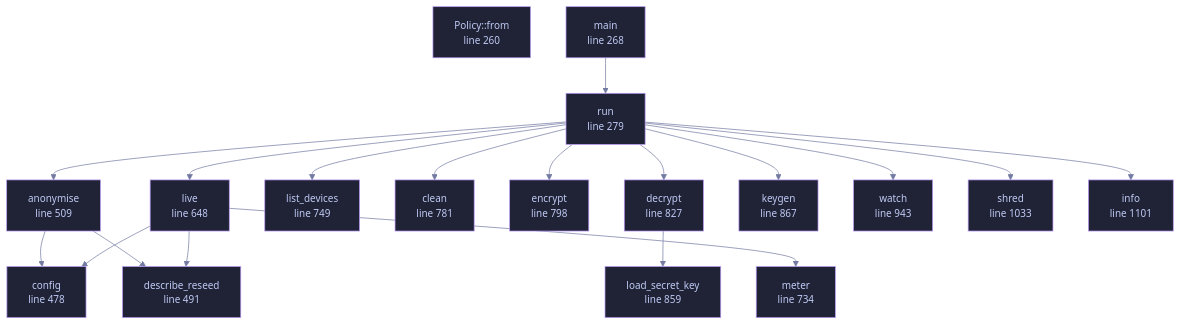
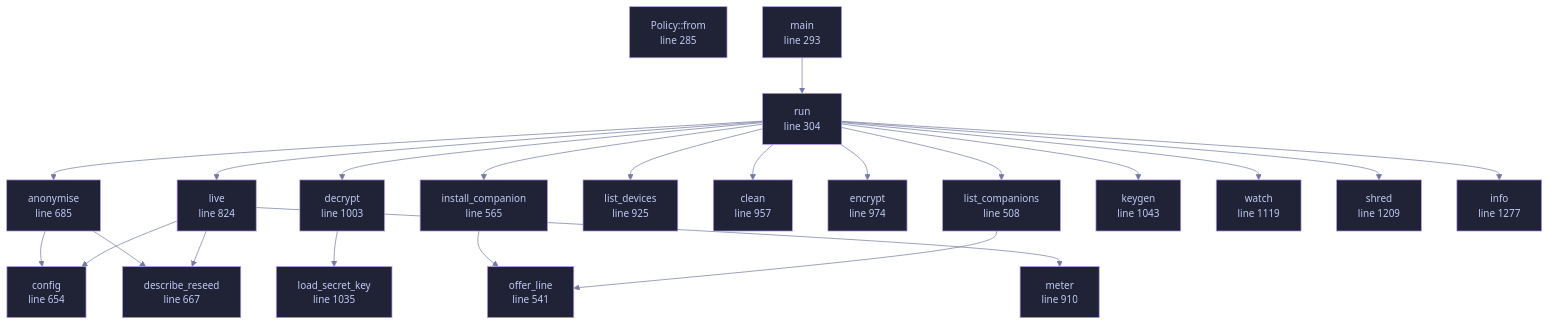
Before and after one commit to tilas01/veilvoice: the diagram in docs/files/veilvoice-cli/main.md, drawn with Mermaid. The commit also changed other lines of this file and 61 other files, not shown here.

````diff
--- a/docs/files/veilvoice-cli/main.md
+++ b/docs/files/veilvoice-cli/main.md
@@ -94,57 +101,67 @@
 ```mermaid
 %%{init: {"theme":"base","themeVariables":{"background":"#1a1b26","primaryColor":"#1f2335","primaryTextColor":"#c0caf5","primaryBorderColor":"#7aa2f7","secondaryColor":"#16161e","tertiaryColor":"#16161e","lineColor":"#737aa2","textColor":"#c0caf5","mainBkg":"#1f2335","nodeBorder":"#7aa2f7","clusterBkg":"#16161e","clusterBorder":"#2f3549","fontFamily":"ui-monospace, SFMono-Regular, Consolas, monospace","fontSize":"14px"}}}%%
 flowchart TD
-    n_from["Policy::from<br/>line 260"]
-    n_main["main<br/>line 268"]
-    n_run["run<br/>line 279"]
-    n_config["config<br/>line 478"]
-    n_describe_reseed["describe_reseed<br/>line 491"]
-    n_anonymise["anonymise<br/>line 509"]
-    n_live["live<br/>line 648"]
-    n_meter["meter<br/>line 734"]
-    n_list_devices["list_devices<br/>line 749"]
-    n_clean["clean<br/>line 781"]
-    n_encrypt["encrypt<br/>line 798"]
-    n_decrypt["decrypt<br/>line 827"]
-    n_load_secret_key["load_secret_key<br/>line 859"]
-    n_keygen["keygen<br/>line 867"]
-    n_watch["watch<br/>line 943"]
-    n_shred["shred<br/>line 1033"]
-    n_info["info<br/>line 1101"]
+    n_from["Policy::from<br/>line 285"]
+    n_main["main<br/>line 293"]
+    n_run["run<br/>line 304"]
+    n_list_companions["list_companions<br/>line 508"]
+    n_offer_line["offer_line<br/>line 541"]
+    n_install_companion["install_companion<br/>line 565"]
+    n_config["config<br/>line 654"]
+    n_describe_reseed["describe_reseed<br/>line 667"]
+    n_anonymise["anonymise<br/>line 685"]
+    n_live["live<br/>line 824"]
+    n_meter["meter<br/>line 910"]
+    n_list_devices["list_devices<br/>line 925"]
+    n_clean["clean<br/>line 957"]
+    n_encrypt["encrypt<br/>line 974"]
+    n_decrypt["decrypt<br/>line 1003"]
+    n_load_secret_key["load_secret_key<br/>line 1035"]
+    n_keygen["keygen<br/>line 1043"]
+    n_watch["watch<br/>line 1119"]
+    n_shred["shred<br/>line 1209"]
+    n_info["info<br/>line 1277"]
     n_anonymise --> n_config
     n_anonymise --> n_describe_reseed
     n_decrypt --> n_load_secret_key
+    n_install_companion --> n_offer_line
+    n_list_companions --> n_offer_line
     n_live --> n_config
     n_live --> n_describe_reseed
     n_live --> n_meter
     n_main --> n_run
     n_run --> n_anonymise
     n_run --> n_clean
     n_run --> n_decrypt
     n_run --> n_encrypt
     n_run --> n_info
+    n_run --> n_install_companion
     n_run --> n_keygen
+    n_run --> n_list_companions
     n_run --> n_list_devices
     n_run --> n_live
     n_run --> n_shred
     n_run --> n_watch
-    click n_from href "https://github.com/tilas01/veilvoice/blob/main/crates/veilvoice-cli/src/main.rs#L260" "open the source"
-    click n_main href "https://github.com/tilas01/veilvoice/blob/main/crates/veilvoice-cli/src/main.rs#L268" "open the source"
-    click n_run href "https://github.com/tilas01/veilvoice/blob/main/crates/veilvoice-cli/src/main.rs#L279" "open the source"
-    click n_config href "https://github.com/tilas01/veilvoice/blob/main/crates/veilvoice-cli/src/main.rs#L478" "open the source"
-    click n_describe_reseed href "https://github.com/tilas01/veilvoice/blob/main/crates/veilvoice-cli/src/main.rs#L491" "open the source"
-    click n_anonymise href "https://github.com/tilas01/veilvoice/blob/main/crates/veilvoice-cli/src/main.rs#L509" "open the source"
-    click n_live href "https://github.com/tilas01/veilvoice/blob/main/crates/veilvoice-cli/src/main.rs#L648" "open the source"
-    click n_meter href "https://github.com/tilas01/veilvoice/blob/main/crates/veilvoice-cli/src/main.rs#L734" "open the source"
-    click n_list_devices href "https://github.com/tilas01/veilvoice/blob/main/crates/veilvoice-cli/src/main.rs#L749" "open the source"
-    click n_clean href "https://github.com/tilas01/veilvoice/blob/main/crates/veilvoice-cli/src/main.rs#L781" "open the source"
-    click n_encrypt href "https://github.com/tilas01/veilvoice/blob/main/crates/veilvoice-cli/src/main.rs#L798" "open the source"
-    click n_decrypt href "https://github.com/tilas01/veilvoice/blob/main/crates/veilvoice-cli/src/main.rs#L827" "open the source"
-    click n_load_secret_key href "https://github.com/tilas01/veilvoice/blob/main/crates/veilvoice-cli/src/main.rs#L859" "open the source"
-    click n_keygen href "https://github.com/tilas01/veilvoice/blob/main/crates/veilvoice-cli/src/main.rs#L867" "open the source"
-    click n_watch href "https://github.com/tilas01/veilvoice/blob/main/crates/veilvoice-cli/src/main.rs#L943" "open the source"
-    click n_shred href "https://github.com/tilas01/veilvoice/blob/main/crates/veilvoice-cli/src/main.rs#L1033" "open the source"
-    click n_info href "https://github.com/tilas01/veilvoice/blob/main/crates/veilvoice-cli/src/main.rs#L1101" "open the source"
+    click n_from href "https://github.com/tilas01/veilvoice/blob/main/crates/veilvoice-cli/src/main.rs#L285" "open the source"
+    click n_main href "https://github.com/tilas01/veilvoice/blob/main/crates/veilvoice-cli/src/main.rs#L293" "open the source"
+    click n_run href "https://github.com/tilas01/veilvoice/blob/main/crates/veilvoice-cli/src/main.rs#L304" "open the source"
+    click n_list_companions href "https://github.com/tilas01/veilvoice/blob/main/crates/veilvoice-cli/src/main.rs#L508" "open the source"
+    click n_offer_line href "https://github.com/tilas01/veilvoice/blob/main/crates/veilvoice-cli/src/main.rs#L541" "open the source"
+    click n_install_companion href "https://github.com/tilas01/veilvoice/blob/main/crates/veilvoice-cli/src/main.rs#L565" "open the source"
+    click n_config href "https://github.com/tilas01/veilvoice/blob/main/crates/veilvoice-cli/src/main.rs#L654" "open the source"
+    click n_describe_reseed href "https://github.com/tilas01/veilvoice/blob/main/crates/veilvoice-cli/src/main.rs#L667" "open the source"
+    click n_anonymise href "https://github.com/tilas01/veilvoice/blob/main/crates/veilvoice-cli/src/main.rs#L685" "open the source"
+    click n_live href "https://github.com/tilas01/veilvoice/blob/main/crates/veilvoice-cli/src/main.rs#L824" "open the source"
+    click n_meter href "https://github.com/tilas01/veilvoice/blob/main/crates/veilvoice-cli/src/main.rs#L910" "open the source"
+    click n_list_devices href "https://github.com/tilas01/veilvoice/blob/main/crates/veilvoice-cli/src/main.rs#L925" "open the source"
+    click n_clean href "https://github.com/tilas01/veilvoice/blob/main/crates/veilvoice-cli/src/main.rs#L957" "open the source"
+    click n_encrypt href "https://github.com/tilas01/veilvoice/blob/main/crates/veilvoice-cli/src/main.rs#L974" "open the source"
+    click n_decrypt href "https://github.com/tilas01/veilvoice/blob/main/crates/veilvoice-cli/src/main.rs#L1003" "open the source"
+    click n_load_secret_key href "https://github.com/tilas01/veilvoice/blob/main/crates/veilvoice-cli/src/main.rs#L1035" "open the source"
+    click n_keygen href "https://github.com/tilas01/veilvoice/blob/main/crates/veilvoice-cli/src/main.rs#L1043" "open the source"
+    click n_watch href "https://github.com/tilas01/veilvoice/blob/main/crates/veilvoice-cli/src/main.rs#L1119" "open the source"
+    click n_shred href "https://github.com/tilas01/veilvoice/blob/main/crates/veilvoice-cli/src/main.rs#L1209" "open the source"
+    click n_info href "https://github.com/tilas01/veilvoice/blob/main/crates/veilvoice-cli/src/main.rs#L1277" "open the source"
     classDef helper fill:#1f2335,stroke:#bb9af7,color:#c0caf5
-    class n_from,n_main,n_run,n_config,n_describe_reseed,n_anonymise,n_live,n_meter,n_list_devices,n_clean,n_encrypt,n_decrypt,n_load_secret_key,n_keygen,n_watch,n_shred,n_info helper
+    class n_from,n_main,n_run,n_list_companions,n_offer_line,n_install_companion,n_config,n_describe_reseed,n_anonymise,n_live,n_meter,n_list_devices,n_clean,n_encrypt,n_decrypt,n_load_secret_key,n_keygen,n_watch,n_shred,n_info helper
 ```
````
